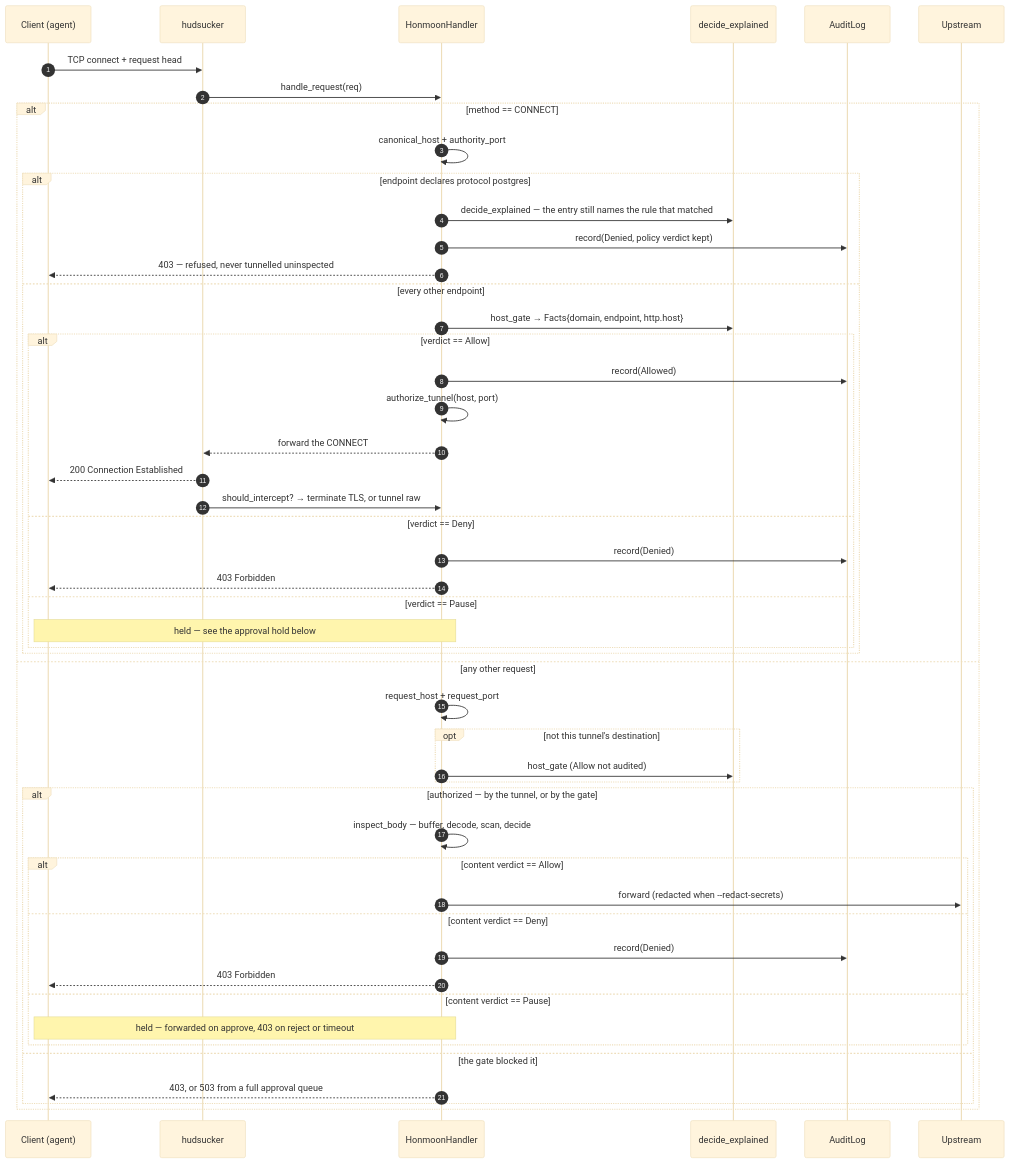
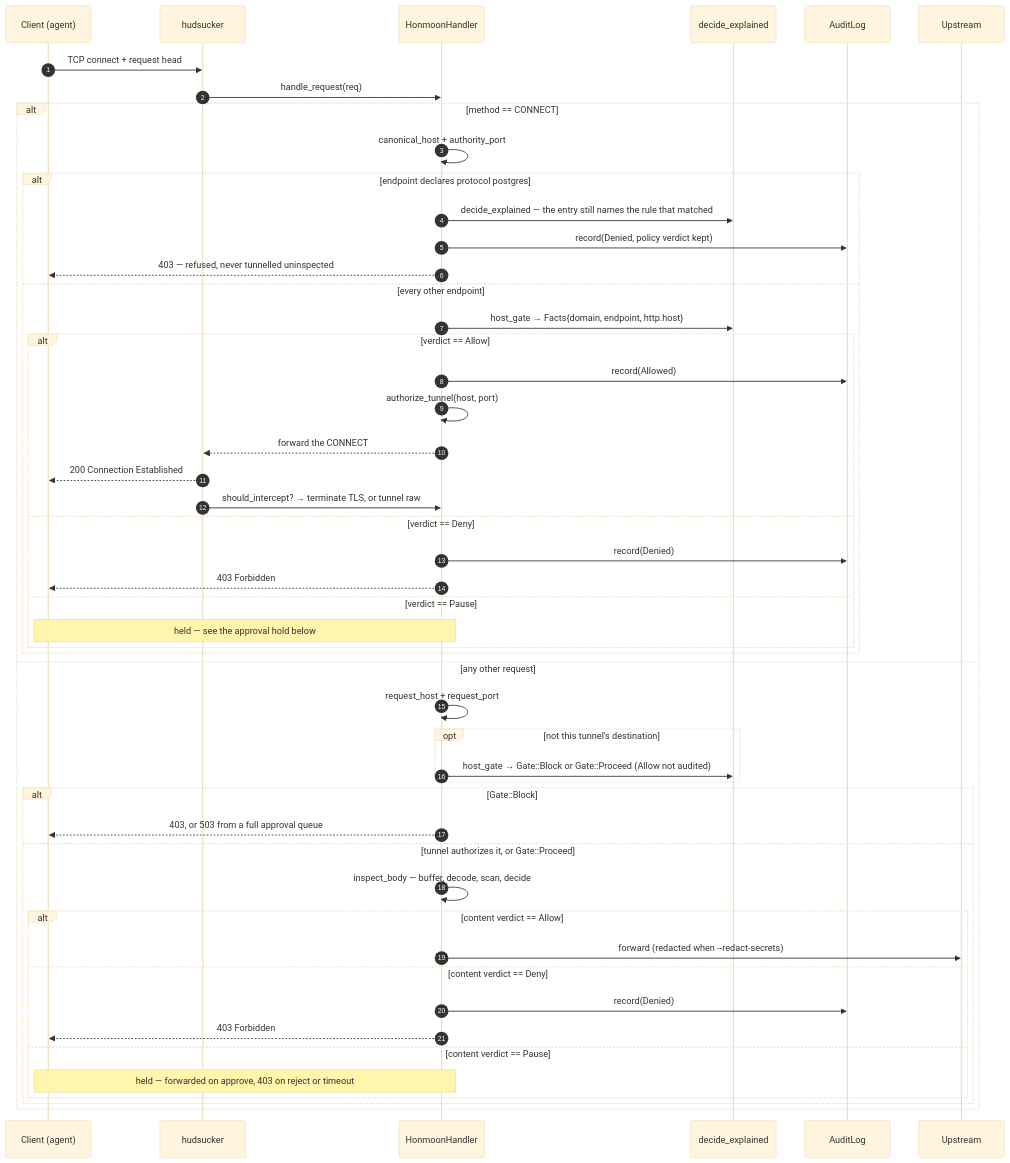
Before and after one commit to pleaseai/honmoon: the first of 3 diagrams in wiki/deep-dive/egress-gateway.md, drawn with Mermaid (base theme). The commit also changed other lines of this file and 1 other file, not shown here.

First line of the commit message:
docs(wiki): narrow four claims to what the gate actually guarantees

````diff
--- a/wiki/deep-dive/egress-gateway.md
+++ b/wiki/deep-dive/egress-gateway.md
@@ -133,52 +142,52 @@
 ```mermaid
 sequenceDiagram
   autonumber
   participant C as Client (agent)
   participant HS as hudsucker
   participant H as HonmoonHandler
   participant Core as decide_explained
   participant Audit as AuditLog
   participant U as Upstream
   C->>HS: TCP connect + request head
   HS->>H: handle_request(req)
   alt method == CONNECT
     H->>H: canonical_host + authority_port
     alt endpoint declares protocol postgres
       H->>Core: decide_explained — the entry still names the rule that matched
       H->>Audit: record(Denied, policy verdict kept)
       H-->>C: 403 — refused, never tunnelled uninspected
     else every other endpoint
       H->>Core: host_gate → Facts{domain, endpoint, http.host}
       alt verdict == Allow
         H->>Audit: record(Allowed)
         H->>H: authorize_tunnel(host, port)
         H-->>HS: forward the CONNECT
         HS-->>C: 200 Connection Established
         HS->>H: should_intercept? → terminate TLS, or tunnel raw
       else verdict == Deny
         H->>Audit: record(Denied)
         H-->>C: 403 Forbidden
       else verdict == Pause
         Note over H,C: held — see the approval hold below
       end
     end
   else any other request
     H->>H: request_host + request_port
     opt not this tunnel's destination
-      H->>Core: host_gate (Allow not audited)
+      H->>Core: host_gate → Gate::Block or Gate::Proceed (Allow not audited)
     end
-    alt authorized — by the tunnel, or by the gate
+    alt Gate::Block
+      H-->>C: 403, or 503 from a full approval queue
+    else tunnel authorizes it, or Gate::Proceed
       H->>H: inspect_body — buffer, decode, scan, decide
       alt content verdict == Allow
         H->>U: forward (redacted when --redact-secrets)
       else content verdict == Deny
         H->>Audit: record(Denied)
         H-->>C: 403 Forbidden
       else content verdict == Pause
         Note over H,C: held — forwarded on approve, 403 on reject or timeout
       end
-    else the gate blocked it
-      H-->>C: 403, or 503 from a full approval queue
     end
   end
 ```
````
